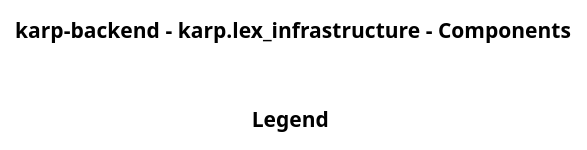
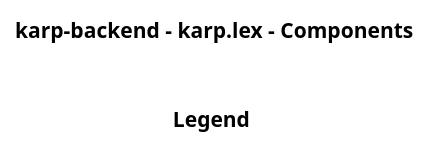
One commit to spraakbanken/karp-backend changed the diagram in docs/karp-backend/docs/system-overview/puml/Component-001-Component-001.puml. Above: the diagram before and after it, drawn with PlantUML. The commit also changed 56 other files, not shown here.

```diff
--- a/docs/karp-backend/docs/system-overview/puml/Component-001-Component-001.puml
+++ b/docs/karp-backend/docs/system-overview/puml/Component-001-Component-001.puml
@@ -1,14 +1,14 @@
 @startuml
 set separator none
-title karp-backend - karp.lex_infrastructure - Components
+title karp-backend - karp.lex - Components
 
 top to bottom direction
 
 !include <C4/C4>
 !include <C4/C4_Context>
 
 skinparam svgDimensionStyle false
 skinparam preserveAspectRatio meet
 
 SHOW_LEGEND(true)
 @enduml
```
